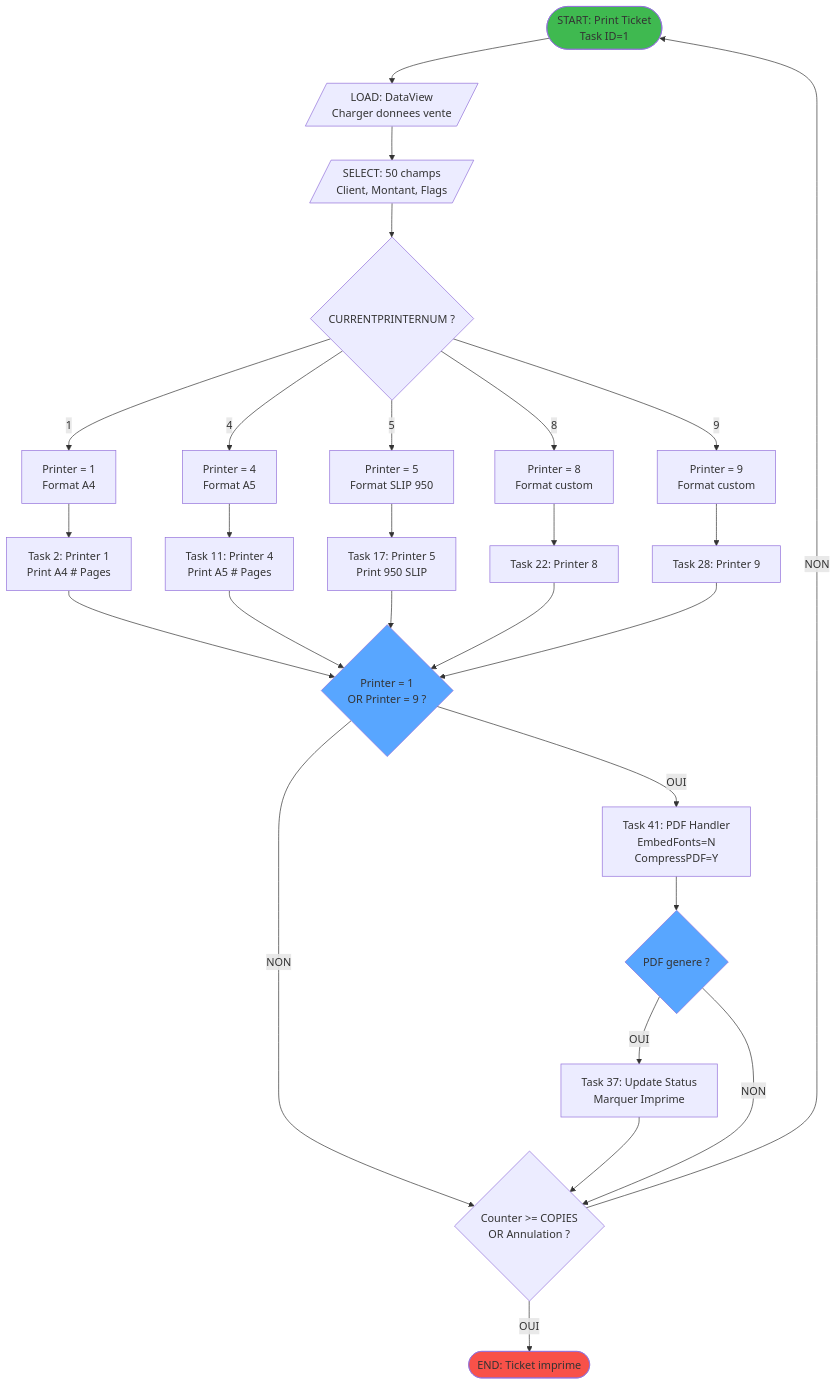
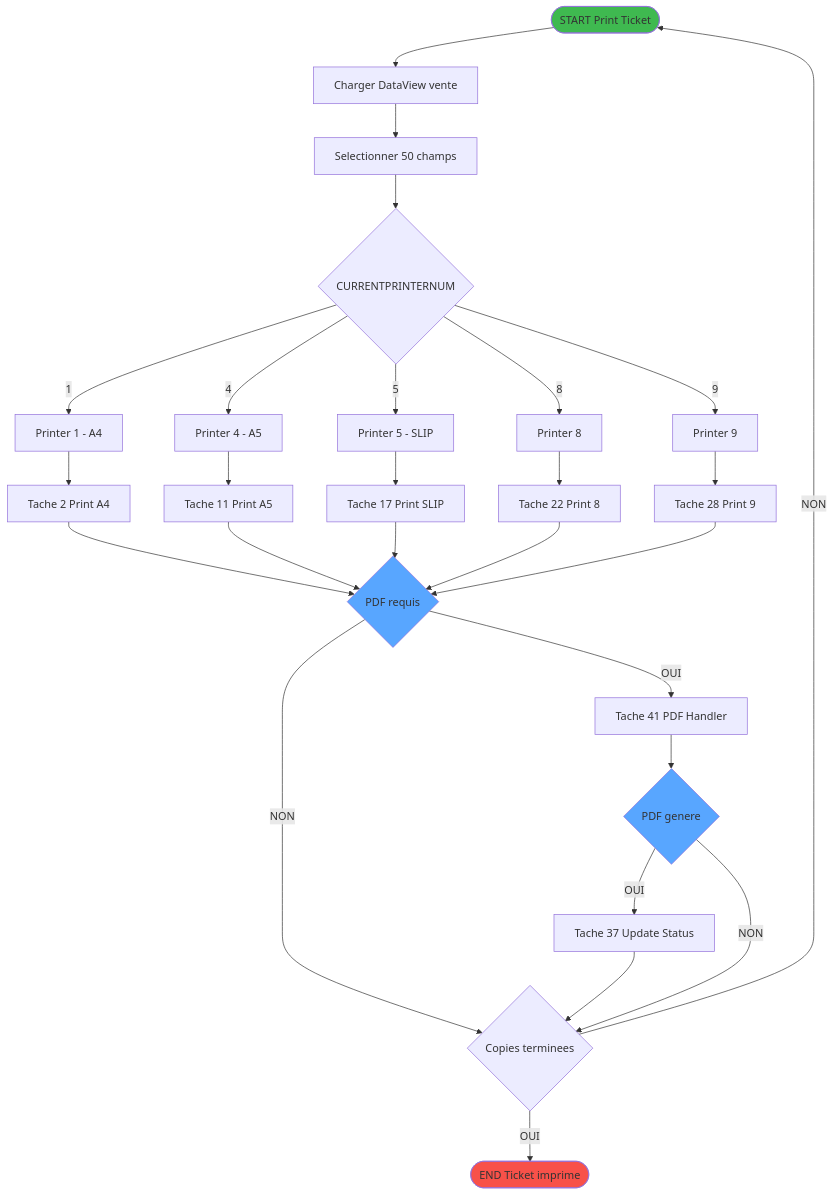
One commit to thonyAGP/lecteur-magic changed the first of 2 diagrams in .openspec/specs/ADH-IDE-236.md. Above: the diagram before and after it, drawn with Mermaid. The commit also changed other lines of this file and 1 other file, not shown here.

Commit message:
fix(specs): simplify Mermaid syntax and add program names in diagrams
- ADH-IDE-236: v3.2 - Remove special chars (<br/>, quotes) from Mermaid
- ADH-IDE-237: v3.3 - Add program names in cartography diagram
- Update magic-analysis.md rules to V3.3 with:
  - Mandatory program names format: IDE XXX Nom programme
  - Mermaid syntax rules (no special chars)
  - No orphan programs in diagrams

````diff
--- a/.openspec/specs/ADH-IDE-236.md
+++ b/.openspec/specs/ADH-IDE-236.md
@@ -114,60 +114,46 @@
 ```mermaid
 flowchart TD
-    START([START: Print Ticket<br/>Task ID=1])
-    LOAD[/"LOAD: DataView<br/>Charger donnees vente"/]
-    SELECT[/"SELECT: 50 champs<br/>Client, Montant, Flags"/]
-
-    PRINTER{"CURRENTPRINTERNUM ?"}
-
-    P1["Printer = 1<br/>Format A4"]
-    P4["Printer = 4<br/>Format A5"]
-    P5["Printer = 5<br/>Format SLIP 950"]
-    P8["Printer = 8<br/>Format custom"]
-    P9["Printer = 9<br/>Format custom"]
-
-    T2["Task 2: Printer 1<br/>Print A4 # Pages"]
-    T11["Task 11: Printer 4<br/>Print A5 # Pages"]
-    T17["Task 17: Printer 5<br/>Print 950 SLIP"]
-    T22["Task 22: Printer 8"]
-    T28["Task 28: Printer 9"]
-
-    PDF{"Printer = 1<br/>OR Printer = 9 ?"}
-
-    T41["Task 41: PDF Handler<br/>EmbedFonts=N<br/>CompressPDF=Y"]
-
-    PDFOK{"PDF genere ?"}
-
-    T37["Task 37: Update Status<br/>Marquer Imprime"]
-
-    COUNTER{"Counter >= COPIES<br/>OR Annulation ?"}
-
-    END([END: Ticket imprime])
+    START([START Print Ticket])
+    LOAD[Charger DataView vente]
+    SELECT[Selectionner 50 champs]
+    PRINTER{CURRENTPRINTERNUM}
+    P1[Printer 1 - A4]
+    P4[Printer 4 - A5]
+    P5[Printer 5 - SLIP]
+    P8[Printer 8]
+    P9[Printer 9]
+    T2[Tache 2 Print A4]
+    T11[Tache 11 Print A5]
+    T17[Tache 17 Print SLIP]
+    T22[Tache 22 Print 8]
+    T28[Tache 28 Print 9]
+    PDF{PDF requis}
+    T41[Tache 41 PDF Handler]
+    PDFOK{PDF genere}
+    T37[Tache 37 Update Status]
+    COUNTER{Copies terminees}
+    END([END Ticket imprime])
 
     START --> LOAD --> SELECT --> PRINTER
-
-    PRINTER -->|"1"| P1 --> T2
-    PRINTER -->|"4"| P4 --> T11
-    PRINTER -->|"5"| P5 --> T17
-    PRINTER -->|"8"| P8 --> T22
-    PRINTER -->|"9"| P9 --> T28
-
+    PRINTER -->|1| P1 --> T2
+    PRINTER -->|4| P4 --> T11
+    PRINTER -->|5| P5 --> T17
+    PRINTER -->|8| P8 --> T22
+    PRINTER -->|9| P9 --> T28
     T2 --> PDF
     T11 --> PDF
     T17 --> PDF
     T22 --> PDF
     T28 --> PDF
-
     PDF -->|OUI| T41 --> PDFOK
     PDF -->|NON| COUNTER
-
     PDFOK -->|OUI| T37 --> COUNTER
     PDFOK -->|NON| COUNTER
-
     COUNTER -->|NON| START
     COUNTER -->|OUI| END
 
     style START fill:#3fb950
     style END fill:#f85149
     style PDF fill:#58a6ff
     style PDFOK fill:#58a6ff
 ```
````
